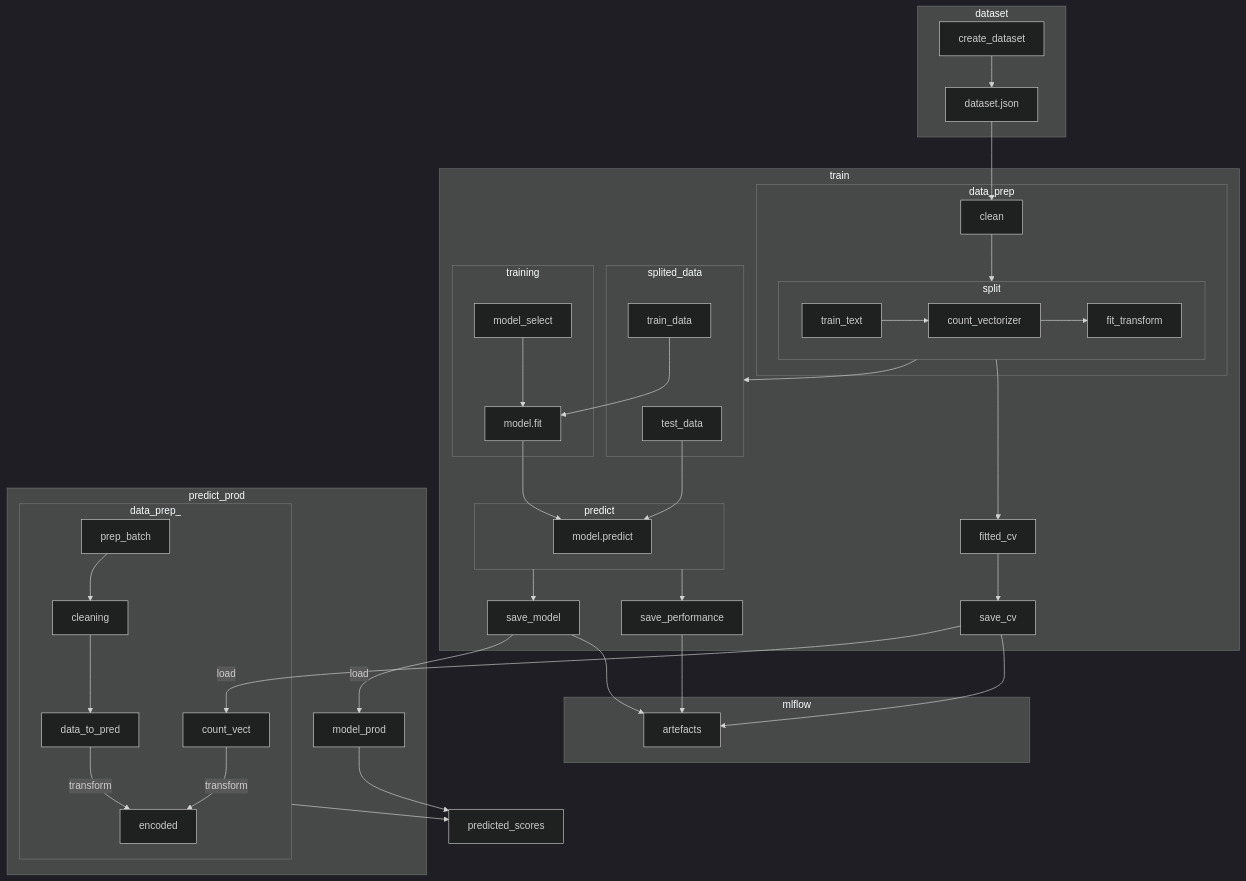
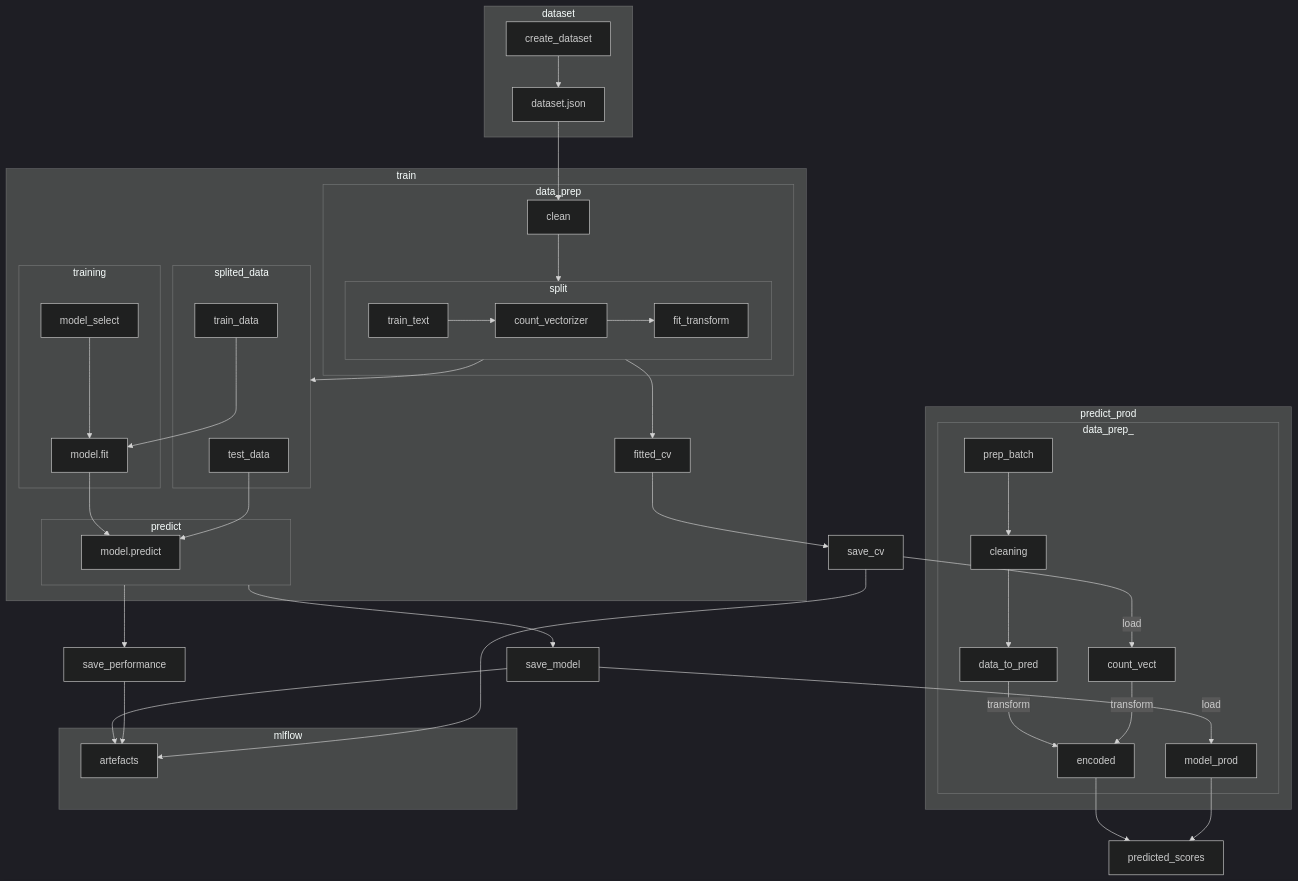
One commit to gsajko/tweetfeed changed the diagram in merm_chart.md. Above: the diagram before and after it, drawn with Mermaid (dark theme). The commit also changed other lines of this file and 2 other files, not shown here.

Commit message:
added loading models from mlflow

````diff
--- a/merm_chart.md
+++ b/merm_chart.md
@@ -1,63 +1,68 @@
 ```mermaid
 flowchart
 
 cv[count_vectorizer]
 
 subgraph dataset
 d1[dataset.json]
 create_dataset --> d1
 end
 
 subgraph train
 
 subgraph data_prep
 d1 --> clean --> split
 end
 
 subgraph split
 train_text --> cv
 cv --> fit_transform
 end
 
 split --> splited_data & fitted_cv
 
 subgraph splited_data
 test_data & train_data
 end
 
-fitted_cv --> save_cv
+
 
 
 subgraph training
 model_select --> model.fit
 train_data --> model.fit
 end
 
 subgraph predict
 model.fit --> model.predict
 test_data --> model.predict
 end
-predict --> save_model & save_performance
+
 end
 
 subgraph predict_prod
 
 subgraph data_prep_
 prep_batch --> cleaning --> data_to_pred
 data_to_pred & count_vect --transform--> encoded
+model_prod
 end
 
-save_model --load--> model_prod
 
 end
 
 
 save_cv --load--> count_vect
 
 subgraph mlflow
-save_model & save_performance & save_cv --> artefacts
+artefacts
 end
 
-data_prep_ & model_prod --> predicted_scores
+predict --> save_model & save_performance
+fitted_cv --> save_cv
+encoded & model_prod --> predicted_scores
+save_model & save_performance & save_cv --> artefacts
+
+save_model --load--> model_prod
 
 ```
````
